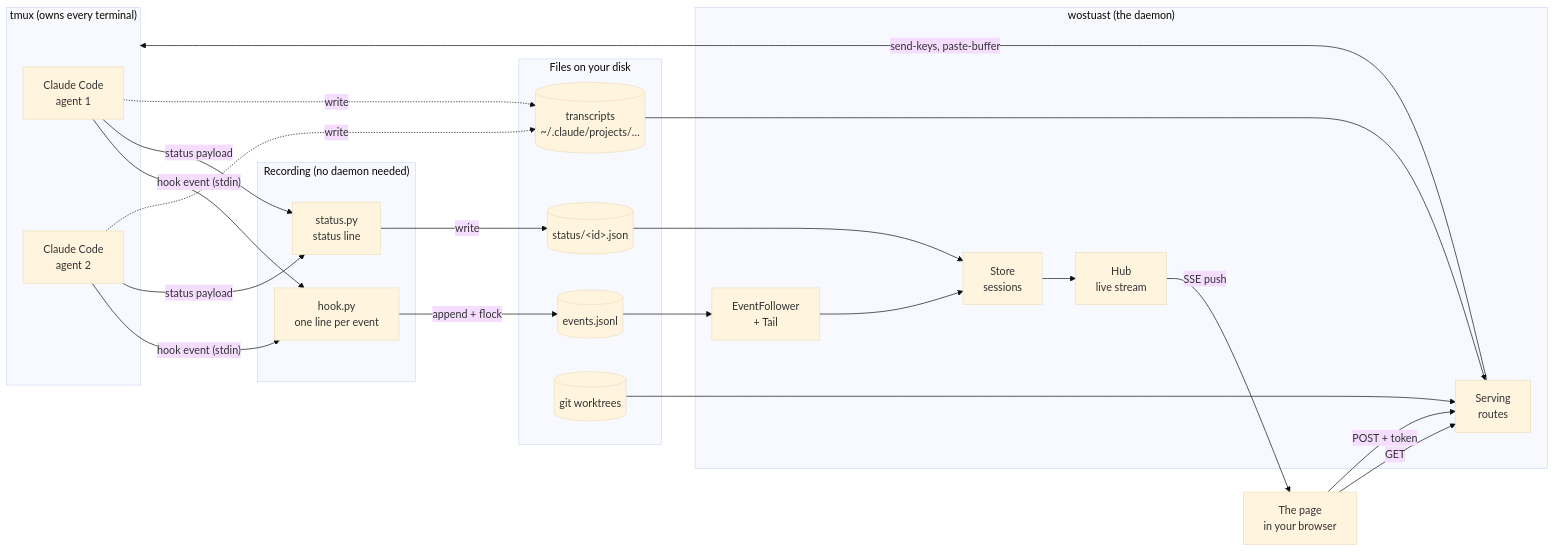
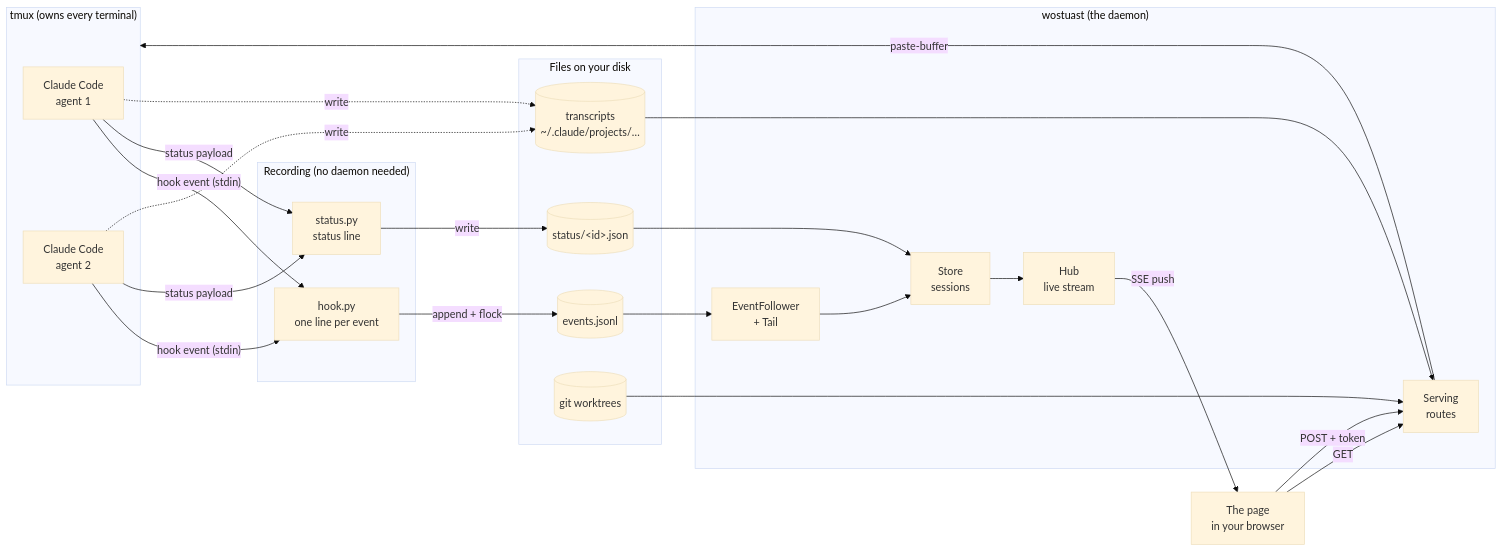
Before and after one commit to martinus/wostuast: the first of 13 diagrams in ARCHITECTURE.md, drawn with Mermaid (base theme). The commit also changed other lines of this file and 7 other files, not shown here.

````diff
--- a/ARCHITECTURE.md
+++ b/ARCHITECTURE.md
@@ -122,42 +122,42 @@
 ```mermaid
 flowchart LR
     subgraph tmux["tmux (owns every terminal)"]
         CC1["Claude Code<br/>agent 1"]
         CC2["Claude Code<br/>agent 2"]
     end
 
     subgraph rec["Recording (no daemon needed)"]
         H["hook.py<br/>one line per event"]
         S["status.py<br/>status line"]
     end
 
     subgraph disk["Files on your disk"]
         L[("events.jsonl")]
         ST[("status/&lt;id&gt;.json")]
         T[("transcripts<br/>~/.claude/projects/…")]
         G[("git worktrees")]
     end
 
     subgraph daemon["wostuast (the daemon)"]
         F["EventFollower<br/>+ Tail"]
         M["Store<br/>sessions"]
         HUB["Hub<br/>live stream"]
         HTTP["Serving<br/>routes"]
     end
 
     P["The page<br/>in your browser"]
 
     CC1 & CC2 -- "hook event (stdin)" --> H
     CC1 & CC2 -- "status payload" --> S
     H -- "append + flock" --> L
     S -- "write" --> ST
     CC1 & CC2 -. "write" .-> T
     L --> F --> M
     ST --> M
     T --> HTTP
     G --> HTTP
     M --> HUB -- "SSE push" --> P
     P -- "GET" --> HTTP
     P -- "POST + token" --> HTTP
-    HTTP -- "send-keys, paste-buffer" --> tmux
+    HTTP -- "paste-buffer" --> tmux
 ```
````
